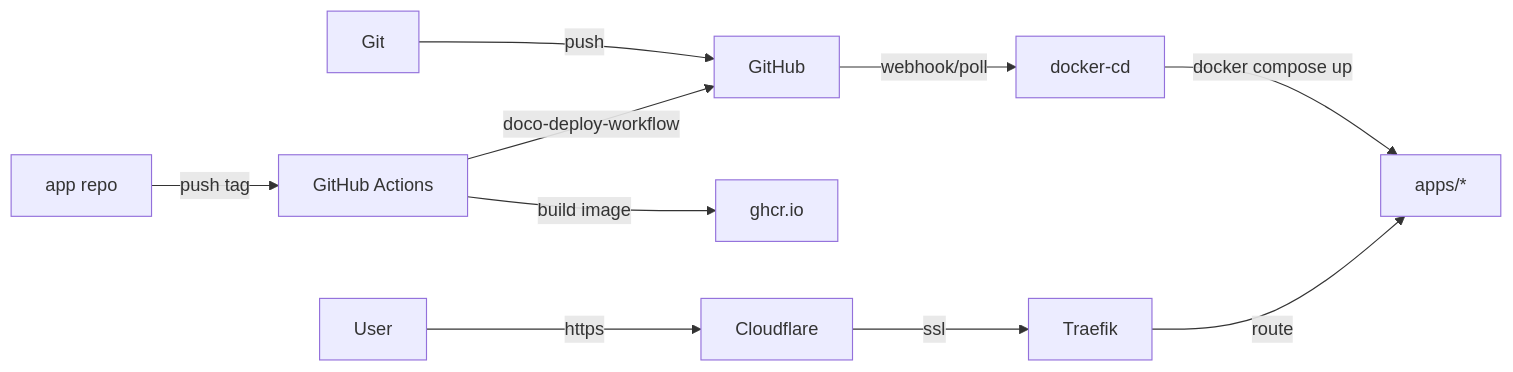
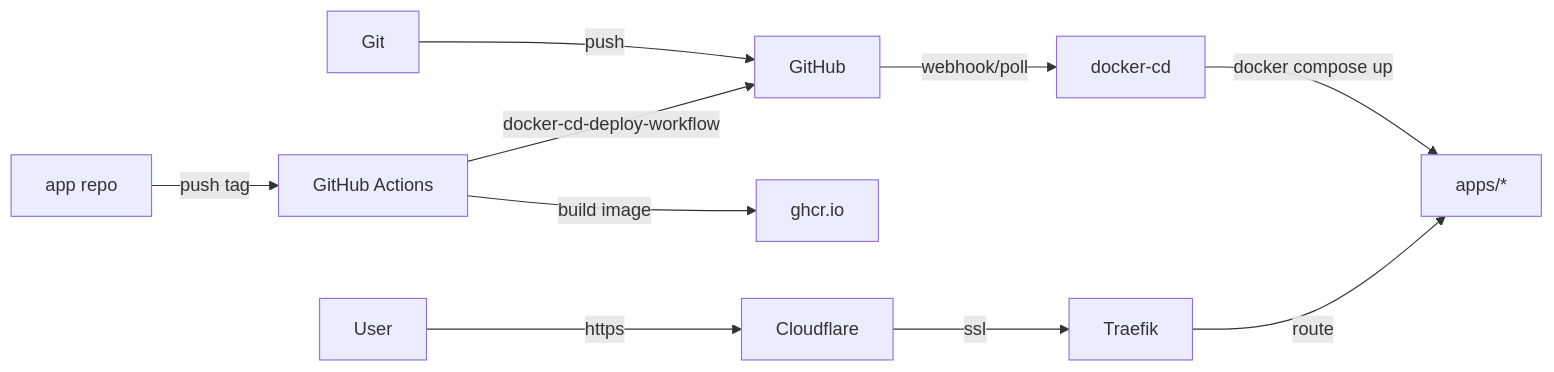
Before and after one commit to wajeht/home-ops: the diagram in README.md, drawn with Mermaid. The commit also changed other lines of this file and 1 other file, not shown here.

Commit message:
docs: rename doco-deploy-workflow to docker-cd-deploy-workflow

````diff
--- a/README.md
+++ b/README.md
@@ -14,8 +14,8 @@
 ```mermaid
 flowchart LR
     Git -->|push| GitHub -->|webhook/poll| docker-cd
     docker-cd -->|docker compose up| Apps[apps/*]
     AppRepo[app repo] -->|push tag| Actions[GitHub Actions] -->|build image| GHCR[ghcr.io]
-    Actions -->|doco-deploy-workflow| GitHub
+    Actions -->|docker-cd-deploy-workflow| GitHub
     User -->|https| Cloudflare -->|ssl| Traefik -->|route| Apps
 ```
````
